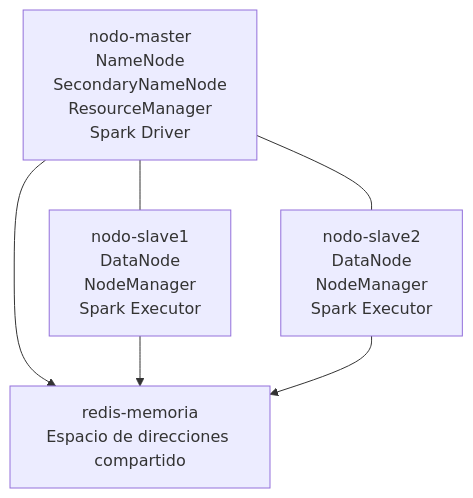
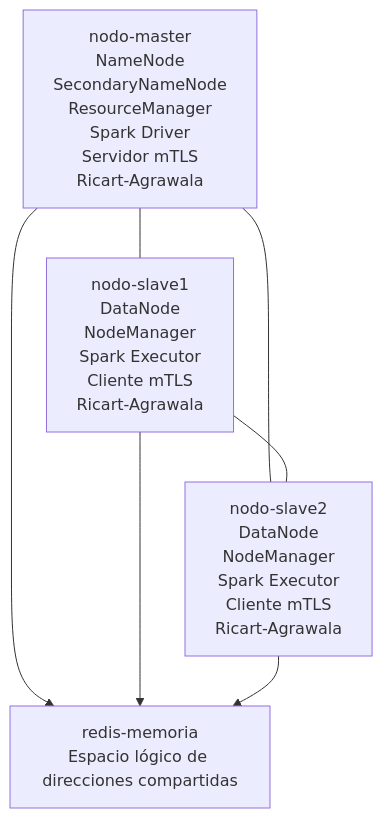
One commit to Duperro/hadoop-docker-SD changed the first of 3 diagrams in README.md. Above: the diagram before and after it, drawn with Mermaid. The commit also changed other lines of this file, not shown here.

````diff
--- a/README.md
+++ b/README.md
@@ -29,13 +62,15 @@
 ```mermaid
 flowchart TB
-    M["nodo-master<br/>NameNode<br/>SecondaryNameNode<br/>ResourceManager<br/>Spark Driver"]
-    S1["nodo-slave1<br/>DataNode<br/>NodeManager<br/>Spark Executor"]
-    S2["nodo-slave2<br/>DataNode<br/>NodeManager<br/>Spark Executor"]
-    R["redis-memoria<br/>Espacio de direcciones compartido"]
+    M["nodo-master<br/>NameNode<br/>SecondaryNameNode<br/>ResourceManager<br/>Spark Driver<br/>Servidor mTLS<br/>Ricart-Agrawala"]
+    S1["nodo-slave1<br/>DataNode<br/>NodeManager<br/>Spark Executor<br/>Cliente mTLS<br/>Ricart-Agrawala"]
+    S2["nodo-slave2<br/>DataNode<br/>NodeManager<br/>Spark Executor<br/>Cliente mTLS<br/>Ricart-Agrawala"]
+    R["redis-memoria<br/>Espacio lógico de direcciones compartidas"]
 
     M --- S1
     M --- S2
+    S1 --- S2
+
     M --> R
     S1 --> R
     S2 --> R
 ```
````
